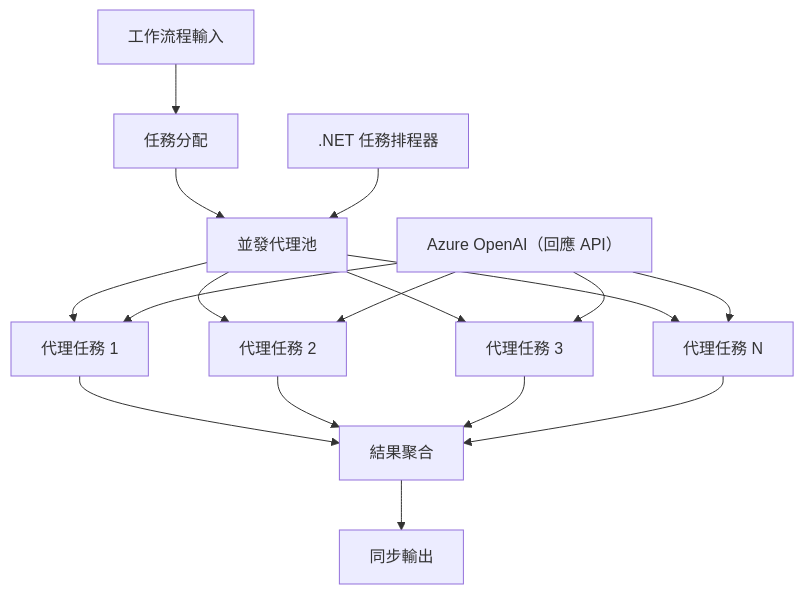
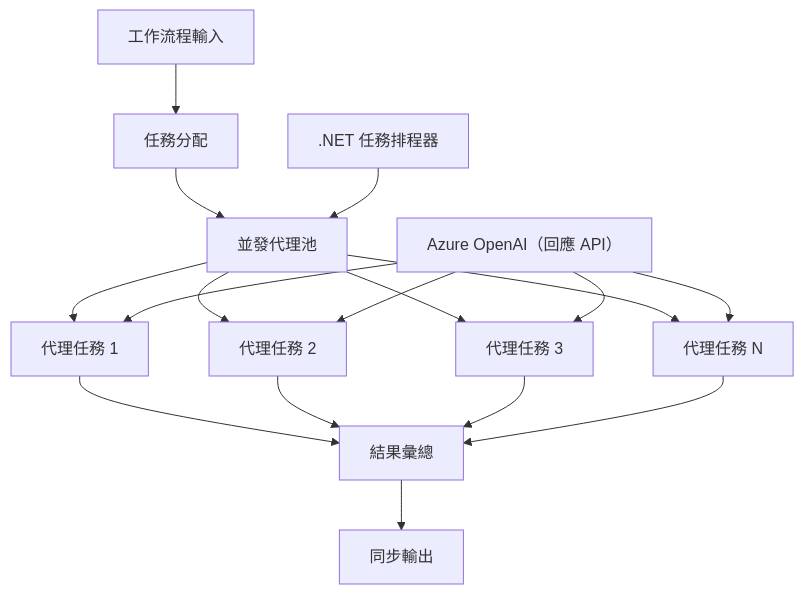
One commit to venturemavenwill/azureaifundamentals changed the diagram in translations/zh-MO/08-multi-agent/code_samples/workflows-agent-framework/dotNET/03.dotnet-agent-framework-workflow-ghmodel-concurrent.md. Above: the diagram before and after it, drawn with Mermaid. The commit also changed other lines of this file and 2002 other files, not shown here.

````diff
--- a/translations/zh-MO/08-multi-agent/code_samples/workflows-agent-framework/dotNET/03.dotnet-agent-framework-workflow-ghmodel-concurrent.md
+++ b/translations/zh-MO/08-multi-agent/code_samples/workflows-agent-framework/dotNET/03.dotnet-agent-framework-workflow-ghmodel-concurrent.md
@@ -69,23 +69,23 @@
 ```mermaid
 graph TD
     A[工作流程輸入] --> B[任務分配]
     B --> C[並發代理池]
     C --> D[代理任務 1]
     C --> E[代理任務 2]
     C --> F[代理任務 3]
     C --> G[代理任務 N]
     
-    D --> H[結果聚合]
+    D --> H[結果彙總]
     E --> H
     F --> H
     G --> H
     
     H --> I[同步輸出]
     
     J[Azure OpenAI（回應 API）] --> D
     J --> E
     J --> F
     J --> G
     
     K[.NET 任務排程器] --> C
 ```
````
